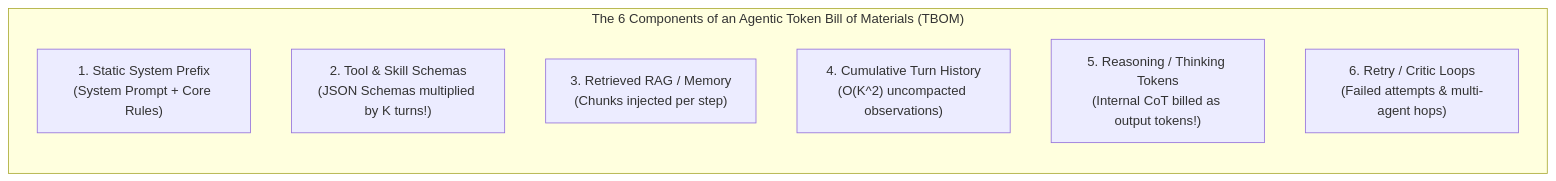
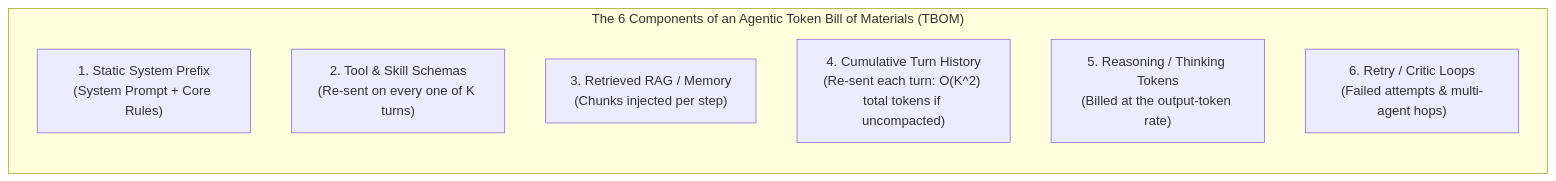
One commit to Rajdipc/agentic-ai-orchestration-patterns changed the first of 2 diagrams in chapter-13-agentic-finops-and-tokenomics.md. Above: the diagram before and after it, drawn with Mermaid. The commit also changed other lines of this file and 18 other files, not shown here.

````diff
--- a/chapter-13-agentic-finops-and-tokenomics.md
+++ b/chapter-13-agentic-finops-and-tokenomics.md
@@ -25,11 +28,11 @@
 ```mermaid
 flowchart LR
     subgraph TBOM["The 6 Components of an Agentic Token Bill of Materials (TBOM)"]
-        T1["1. Static System Prefix\n(System Prompt + Core Rules)"]
-        T2["2. Tool & Skill Schemas\n(JSON Schemas multiplied by K turns!)"]
-        T3["3. Retrieved RAG / Memory\n(Chunks injected per step)"]
-        T4["4. Cumulative Turn History\n(O(K^2) uncompacted observations)"]
-        T5["5. Reasoning / Thinking Tokens\n(Internal CoT billed as output tokens!)"]
-        T6["6. Retry / Critic Loops\n(Failed attempts & multi-agent hops)"]
+        T1["1. Static System Prefix<br/>(System Prompt + Core Rules)"]
+        T2["2. Tool & Skill Schemas<br/>(Re-sent on every one of K turns)"]
+        T3["3. Retrieved RAG / Memory<br/>(Chunks injected per step)"]
+        T4["4. Cumulative Turn History<br/>(Re-sent each turn: O(K^2) total tokens if uncompacted)"]
+        T5["5. Reasoning / Thinking Tokens<br/>(Billed at the output-token rate)"]
+        T6["6. Retry / Critic Loops<br/>(Failed attempts & multi-agent hops)"]
     end
 ```
````
